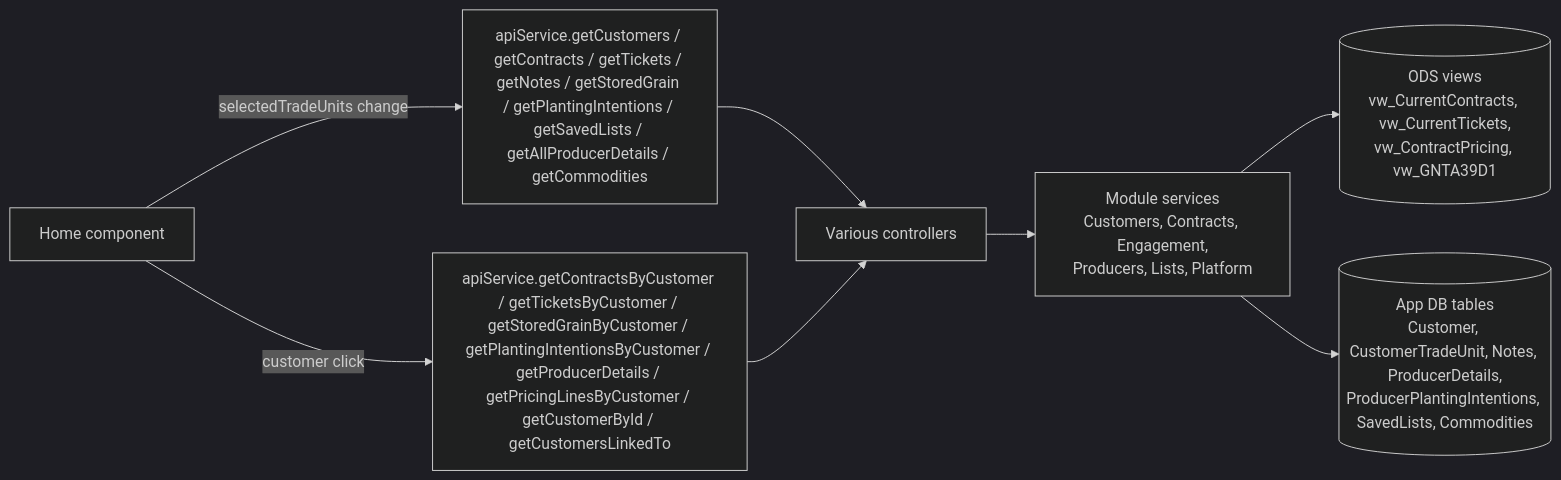
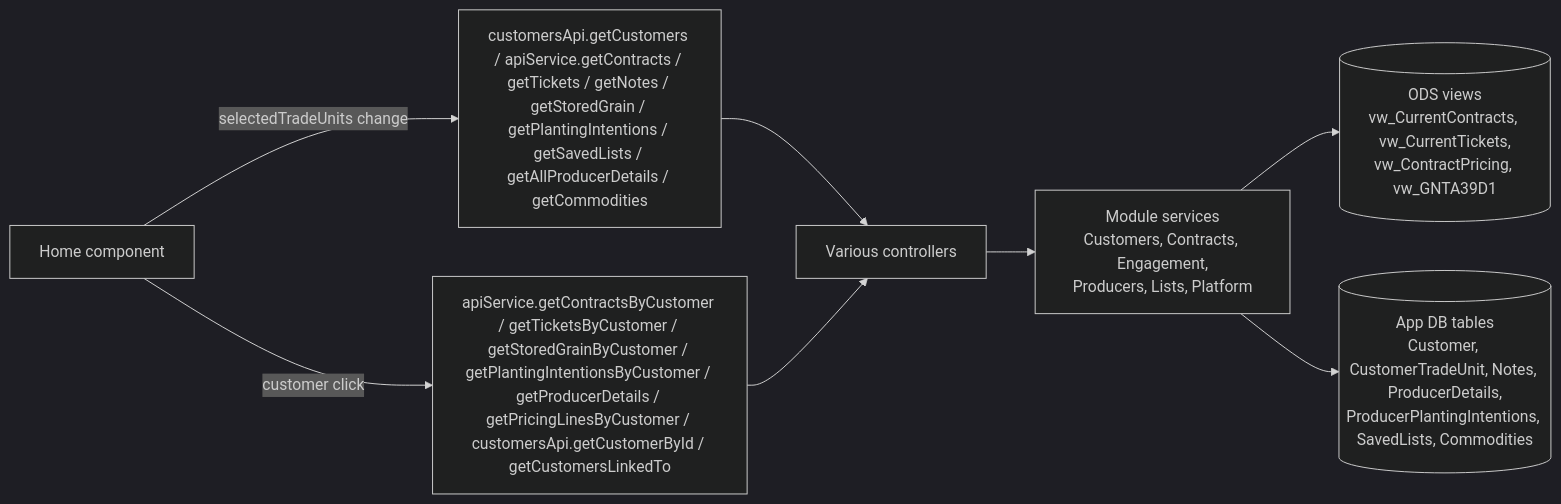
Before and after one commit to GrosseLimace/origination: the diagram in docs/application-context/Customer Home Page.md, drawn with Mermaid (dark theme). The commit also changed other lines of this file and 35 other files, not shown here.

First line of the commit message:
refactor(client): give Customers its own store, API client and preload

````diff
--- a/docs/application-context/Customer Home Page.md
+++ b/docs/application-context/Customer Home Page.md
@@ -107,12 +107,12 @@
 ```mermaid
 flowchart LR
     UI[Home component]
-    UI -- "selectedTradeUnits change" --> Get[apiService.getCustomers / getContracts / getTickets / getNotes / getStoredGrain / getPlantingIntentions / getSavedLists / getAllProducerDetails / getCommodities]
+    UI -- "selectedTradeUnits change" --> Get[customersApi.getCustomers / apiService.getContracts / getTickets / getNotes / getStoredGrain / getPlantingIntentions / getSavedLists / getAllProducerDetails / getCommodities]
     Get --> CTL[Various controllers]
     CTL --> SVC[Module services<br/>Customers, Contracts, Engagement,<br/>Producers, Lists, Platform]
     SVC --> ODS[(ODS views<br/>vw_CurrentContracts, vw_CurrentTickets,<br/>vw_ContractPricing, vw_GNTA39D1)]
     SVC --> APP[(App DB tables<br/>Customer, CustomerTradeUnit, Notes, ProducerDetails,<br/>ProducerPlantingIntentions, SavedLists, Commodities)]
 
-    UI -- "customer click" --> ByCustomer[apiService.getContractsByCustomer / getTicketsByCustomer / getStoredGrainByCustomer / getPlantingIntentionsByCustomer / getProducerDetails / getPricingLinesByCustomer / getCustomerById / getCustomersLinkedTo]
+    UI -- "customer click" --> ByCustomer[apiService.getContractsByCustomer / getTicketsByCustomer / getStoredGrainByCustomer / getPlantingIntentionsByCustomer / getProducerDetails / getPricingLinesByCustomer / customersApi.getCustomerById / getCustomersLinkedTo]
     ByCustomer --> CTL
 ```
````
